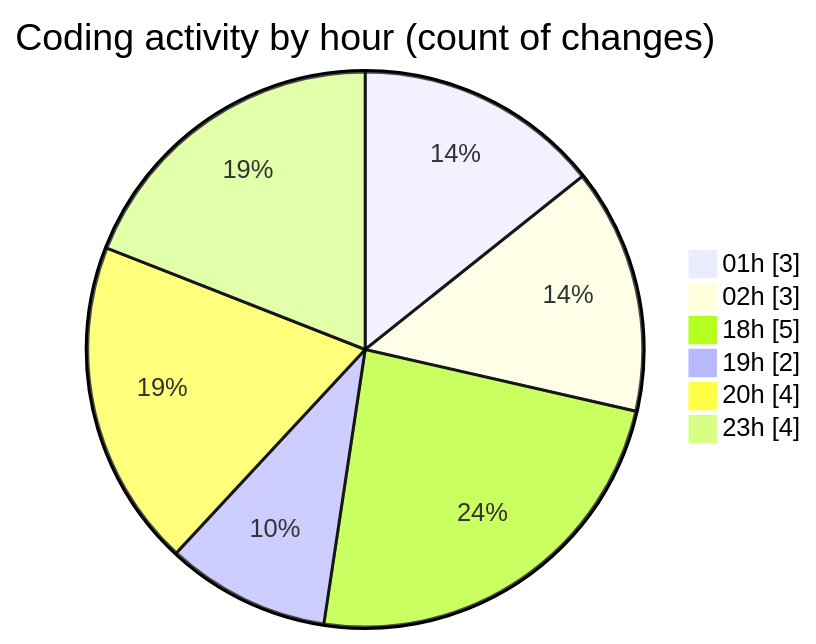
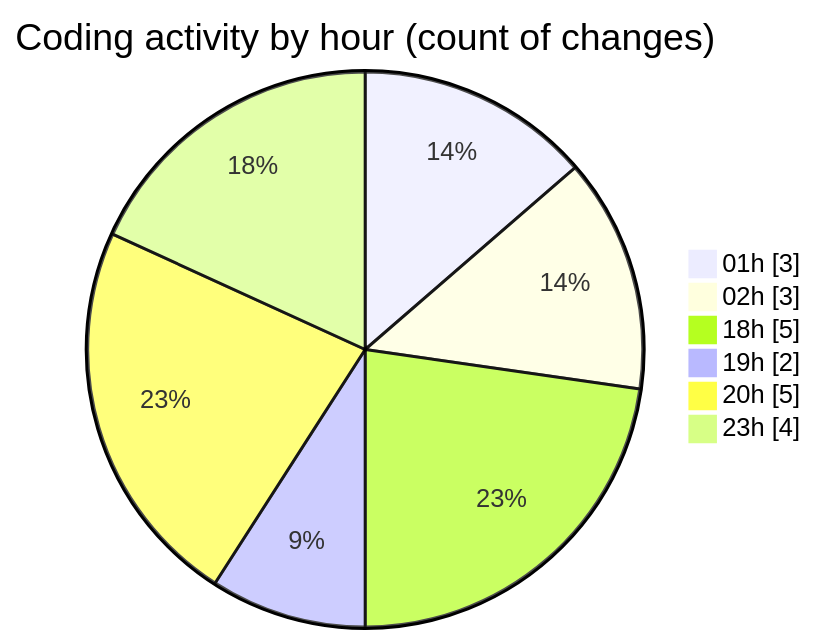
One commit to lephambinh05/code-tracking changed the second of 2 diagrams in 2025-09-08/quanlylink/README.md. Above: the diagram before and after it, drawn with Mermaid. The commit also changed other lines of this file and 1 other file, not shown here.

````diff
--- a/2025-09-08/quanlylink/README.md
+++ b/2025-09-08/quanlylink/README.md
@@ -47,10 +47,10 @@
 ```mermaid
 pie showData
 title Coding activity by hour (count of changes)
 "01h" : 3
 "02h" : 3
 "18h" : 5
 "19h" : 2
-"20h" : 4
+"20h" : 5
 "23h" : 4
 ```
````
